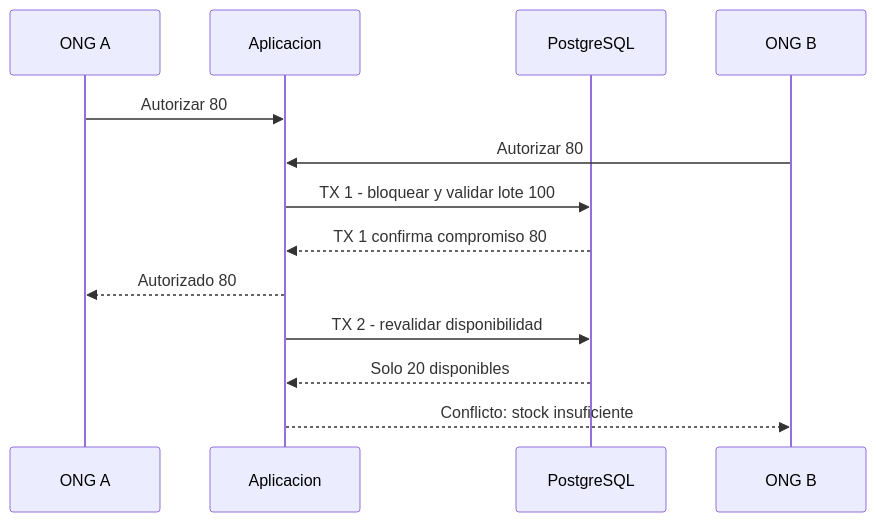
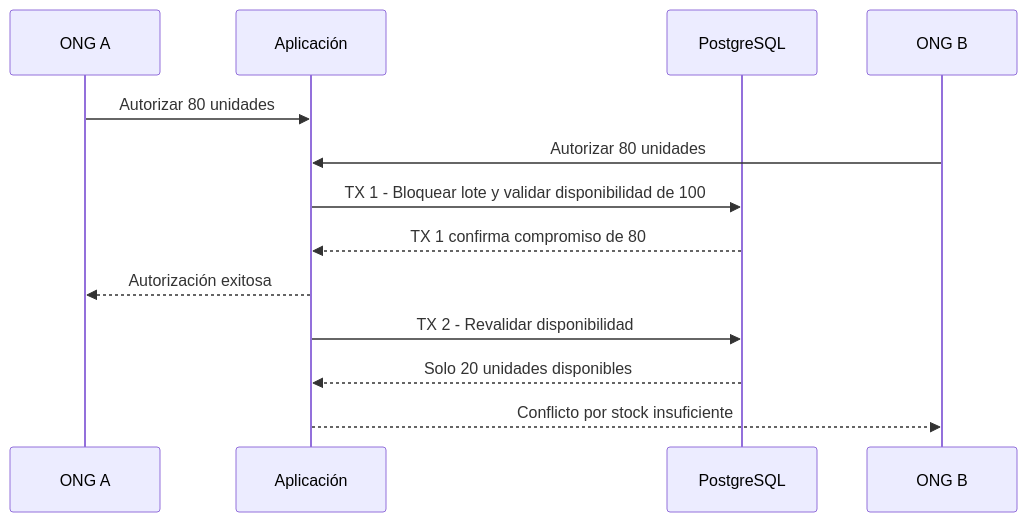
One commit to EderPanta18/alivia-humanitarian-system-design changed the diagram in docs/07-datos/06-integridad-transaccional.md. Above: the diagram before and after it, drawn with Mermaid. The commit also changed other lines of this file and 44 other files, not shown here.

````diff
--- a/docs/07-datos/06-integridad-transaccional.md
+++ b/docs/07-datos/06-integridad-transaccional.md
@@ -18,15 +18,16 @@
 ```mermaid
 sequenceDiagram
- participant O1 as ONG A
- participant API as Aplicacion
- participant DB as PostgreSQL
- participant O2 as ONG B
- O1->>API: Autorizar 80
- O2->>API: Autorizar 80
- API->>DB: TX 1 - bloquear y validar lote 100
- DB-->>API: TX 1 confirma compromiso 80
- API-->>O1: Autorizado 80
- API->>DB: TX 2 - revalidar disponibilidad
- DB-->>API: Solo 20 disponibles
- API-->>O2: Conflicto: stock insuficiente
+    participant O1 as ONG A
+    participant API as Aplicación
+    participant DB as PostgreSQL
+    participant O2 as ONG B
+
+    O1->>API: Autorizar 80 unidades
+    O2->>API: Autorizar 80 unidades
+    API->>DB: TX 1 - Bloquear lote y validar disponibilidad de 100
+    DB-->>API: TX 1 confirma compromiso de 80
+    API-->>O1: Autorización exitosa
+    API->>DB: TX 2 - Revalidar disponibilidad
+    DB-->>API: Solo 20 unidades disponibles
+    API-->>O2: Conflicto por stock insuficiente
 ```
````
